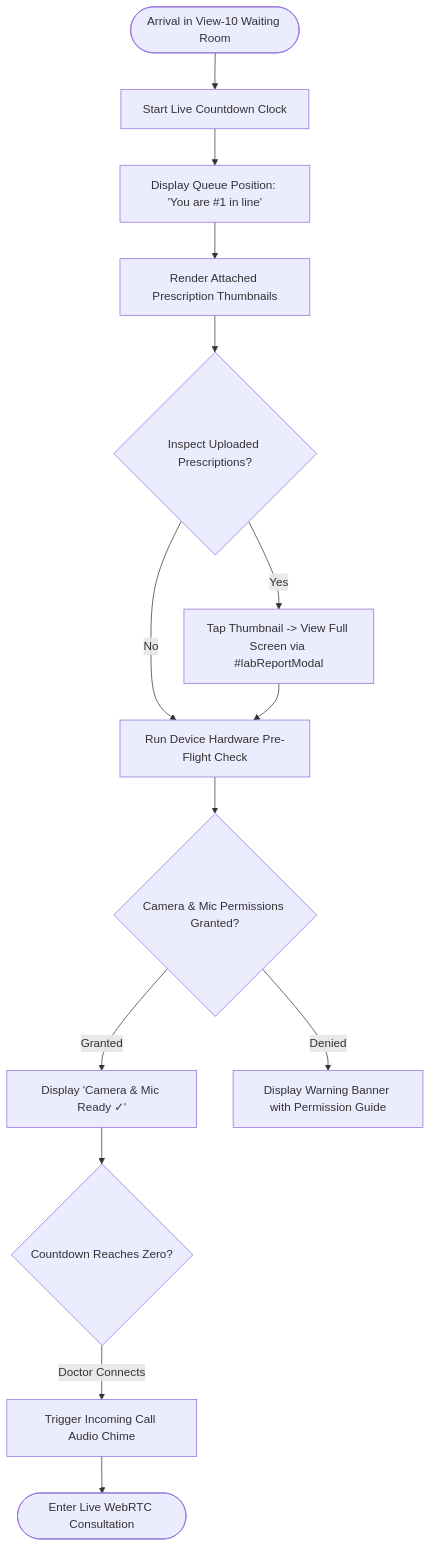
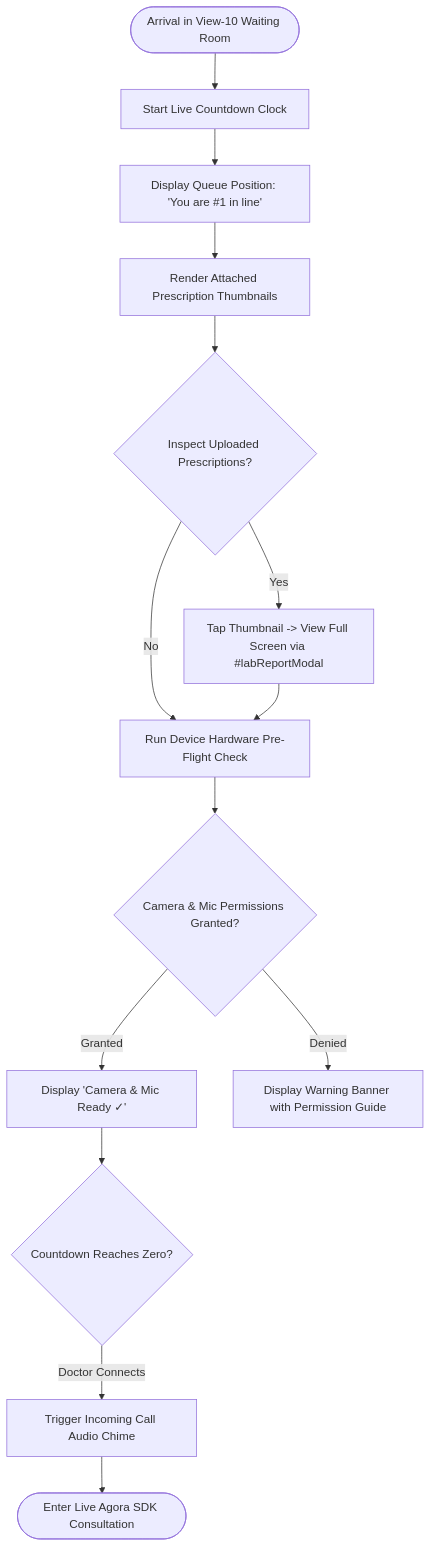
Before and after one commit to MeherabHS/hellodoctor: the third of 9 diagrams in docs/USER_FLOWS.md, drawn with Mermaid. The commit also changed other lines of this file and 42 other files, not shown here.

````diff
--- a/docs/USER_FLOWS.md
+++ b/docs/USER_FLOWS.md
@@ -73,16 +73,16 @@
 ```mermaid
 flowchart TD
     START([Arrival in View-10 Waiting Room]) --> A[Start Live Countdown Clock]
     A --> B[Display Queue Position: 'You are #1 in line']
     B --> C[Render Attached Prescription Thumbnails]
     C --> D{Inspect Uploaded Prescriptions?}
     D -- Yes --> E[Tap Thumbnail -> View Full Screen via #labReportModal]
     D -- No --> F[Run Device Hardware Pre-Flight Check]
     E --> F
     F --> G{Camera & Mic Permissions Granted?}
     G -- Granted --> H[Display 'Camera & Mic Ready ✓']
     G -- Denied --> I[Display Warning Banner with Permission Guide]
     H --> J{Countdown Reaches Zero?}
     J -- Doctor Connects --> K[Trigger Incoming Call Audio Chime]
-    K --> RESULT([Enter Live WebRTC Consultation])
+    K --> RESULT([Enter Live Agora SDK Consultation])
 ```
````
